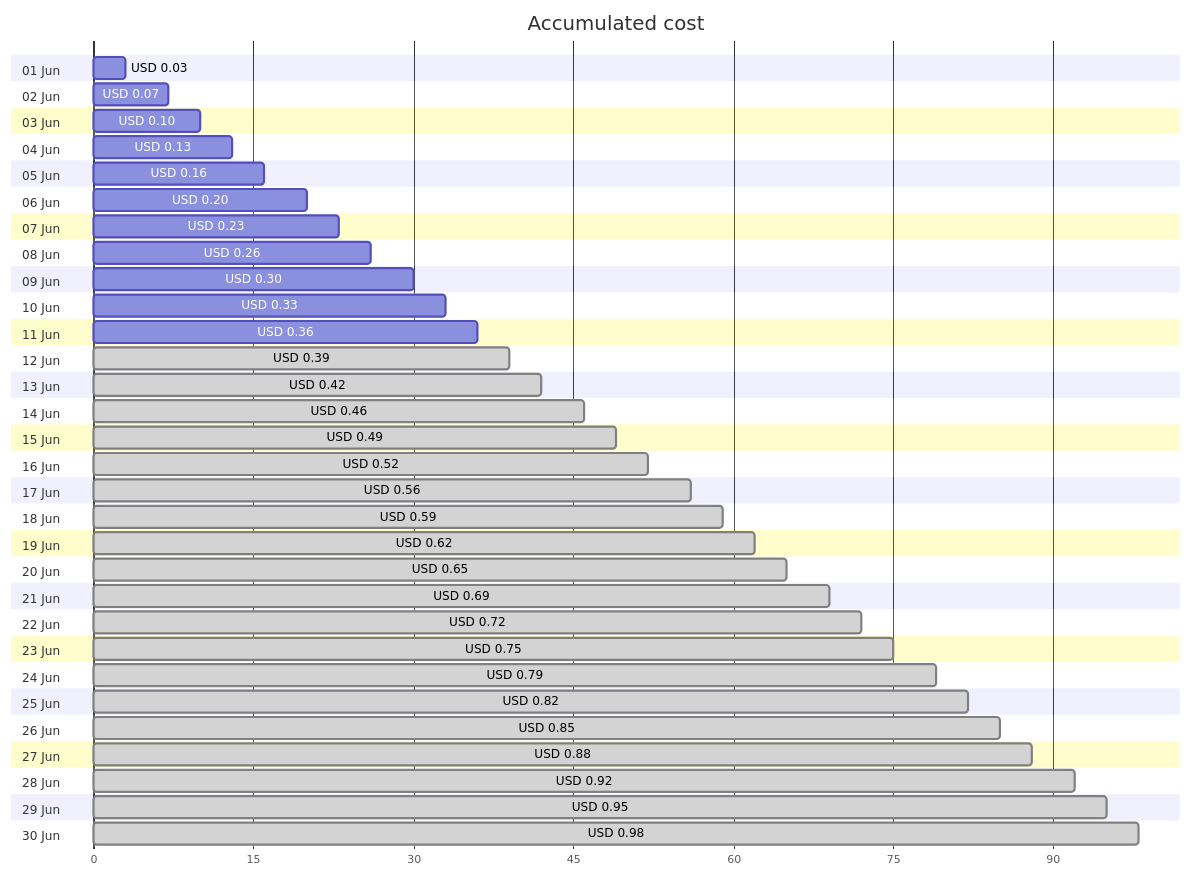
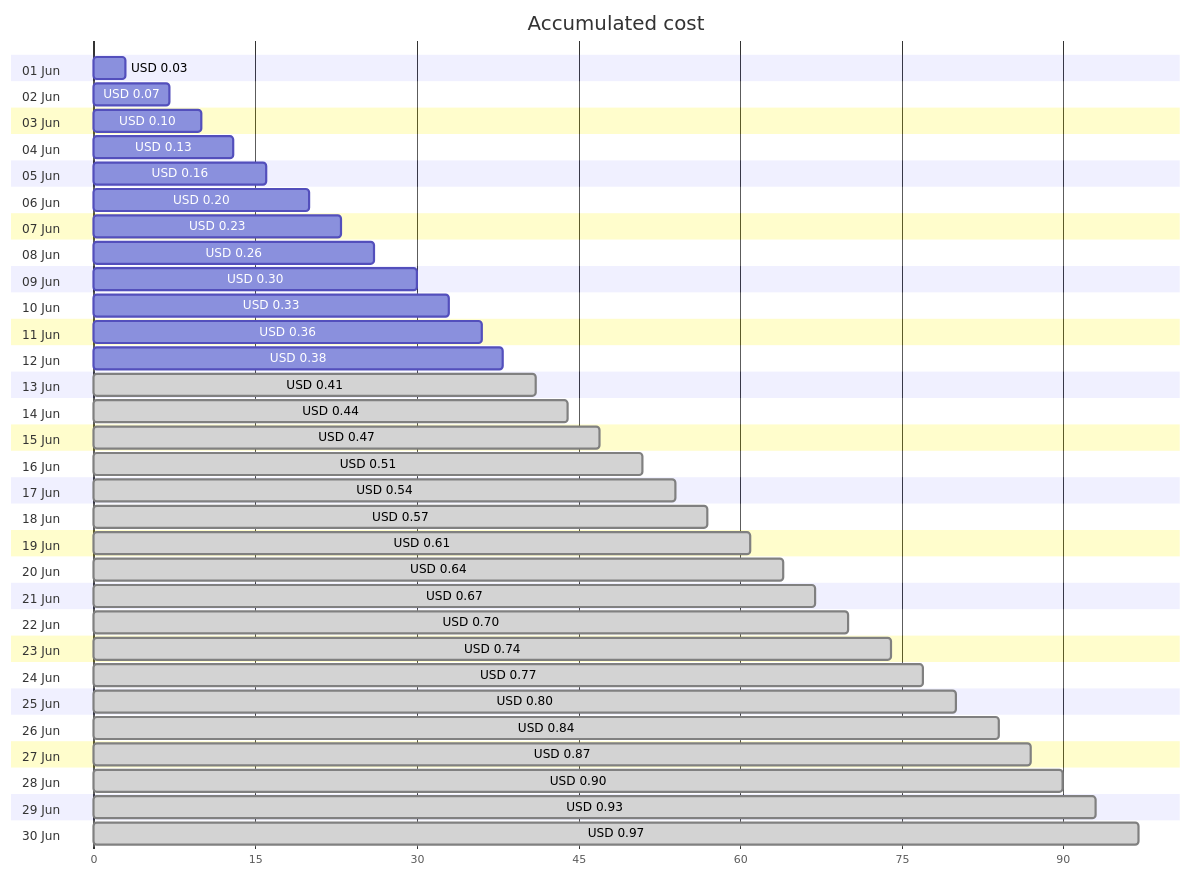
The first of 4 diagrams in cost-reports/personal-dns/README.md (jpfulton/azure-personal-reports), drawn with Mermaid before and after one commit. The commit also changed other lines of this file and 2 other files, not shown here.

Commit message:
Generated reports [skip ci]

````diff
--- a/cost-reports/personal-dns/README.md
+++ b/cost-reports/personal-dns/README.md
@@ -20,66 +20,66 @@
 ```mermaid
 gantt
    title Accumulated cost
    dateFormat  X
    axisFormat %s
    section 01 Jun
    USD 0.03 :0, 3
    section 02 Jun
    USD 0.07 :0, 7
    section 03 Jun
    USD 0.10 :0, 10
    section 04 Jun
    USD 0.13 :0, 13
    section 05 Jun
    USD 0.16 :0, 16
    section 06 Jun
    USD 0.20 :0, 20
    section 07 Jun
    USD 0.23 :0, 23
    section 08 Jun
    USD 0.26 :0, 26
    section 09 Jun
    USD 0.30 :0, 30
    section 10 Jun
    USD 0.33 :0, 33
    section 11 Jun
    USD 0.36 :0, 36
    section 12 Jun
-   USD 0.39 : done, 0, 39
+   USD 0.38 :0, 38
    section 13 Jun
-   USD 0.42 : done, 0, 42
+   USD 0.41 : done, 0, 41
    section 14 Jun
-   USD 0.46 : done, 0, 46
+   USD 0.44 : done, 0, 44
    section 15 Jun
-   USD 0.49 : done, 0, 49
+   USD 0.47 : done, 0, 47
    section 16 Jun
-   USD 0.52 : done, 0, 52
+   USD 0.51 : done, 0, 51
    section 17 Jun
-   USD 0.56 : done, 0, 56
+   USD 0.54 : done, 0, 54
    section 18 Jun
-   USD 0.59 : done, 0, 59
+   USD 0.57 : done, 0, 57
    section 19 Jun
-   USD 0.62 : done, 0, 62
+   USD 0.61 : done, 0, 61
    section 20 Jun
-   USD 0.65 : done, 0, 65
+   USD 0.64 : done, 0, 64
    section 21 Jun
-   USD 0.69 : done, 0, 69
+   USD 0.67 : done, 0, 67
    section 22 Jun
-   USD 0.72 : done, 0, 72
+   USD 0.70 : done, 0, 70
    section 23 Jun
-   USD 0.75 : done, 0, 75
+   USD 0.74 : done, 0, 74
    section 24 Jun
-   USD 0.79 : done, 0, 79
+   USD 0.77 : done, 0, 77
    section 25 Jun
-   USD 0.82 : done, 0, 82
+   USD 0.80 : done, 0, 80
    section 26 Jun
-   USD 0.85 : done, 0, 85
+   USD 0.84 : done, 0, 84
    section 27 Jun
-   USD 0.88 : done, 0, 88
+   USD 0.87 : done, 0, 87
    section 28 Jun
-   USD 0.92 : done, 0, 92
+   USD 0.90 : done, 0, 90
    section 29 Jun
-   USD 0.95 : done, 0, 95
+   USD 0.93 : done, 0, 93
    section 30 Jun
-   USD 0.98 : done, 0, 98
+   USD 0.97 : done, 0, 97
 ```
````
